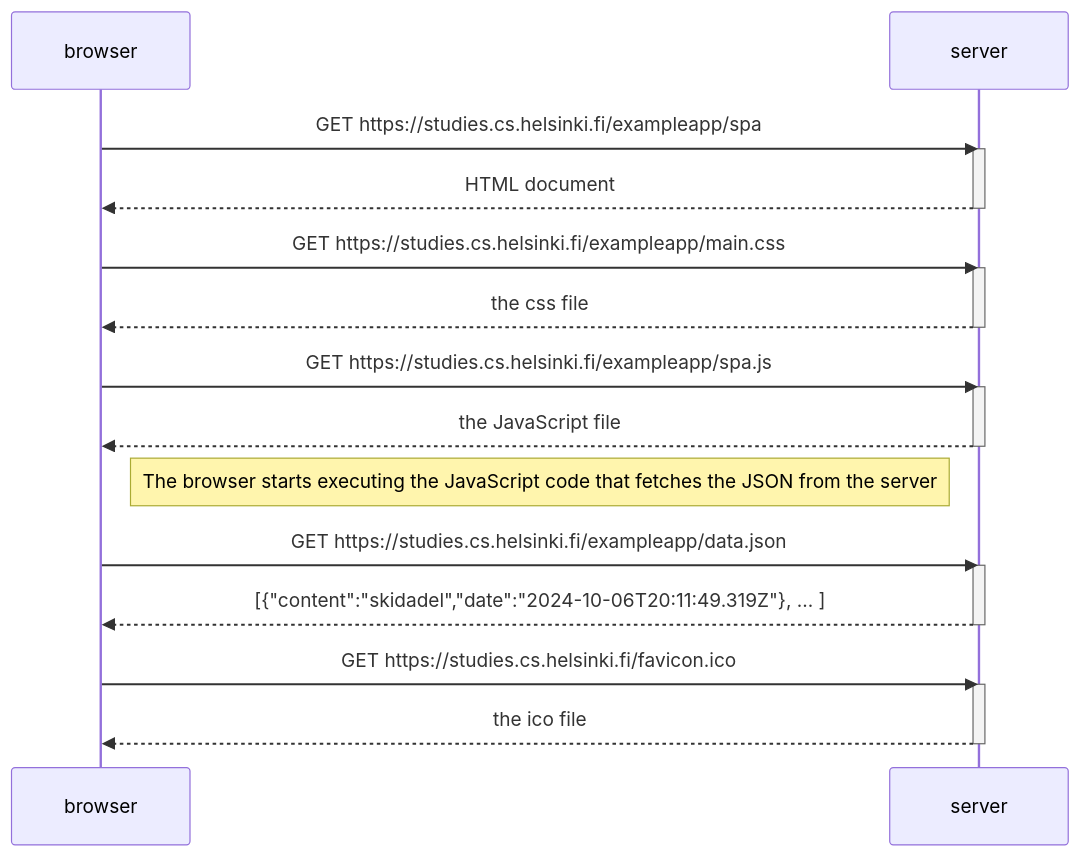
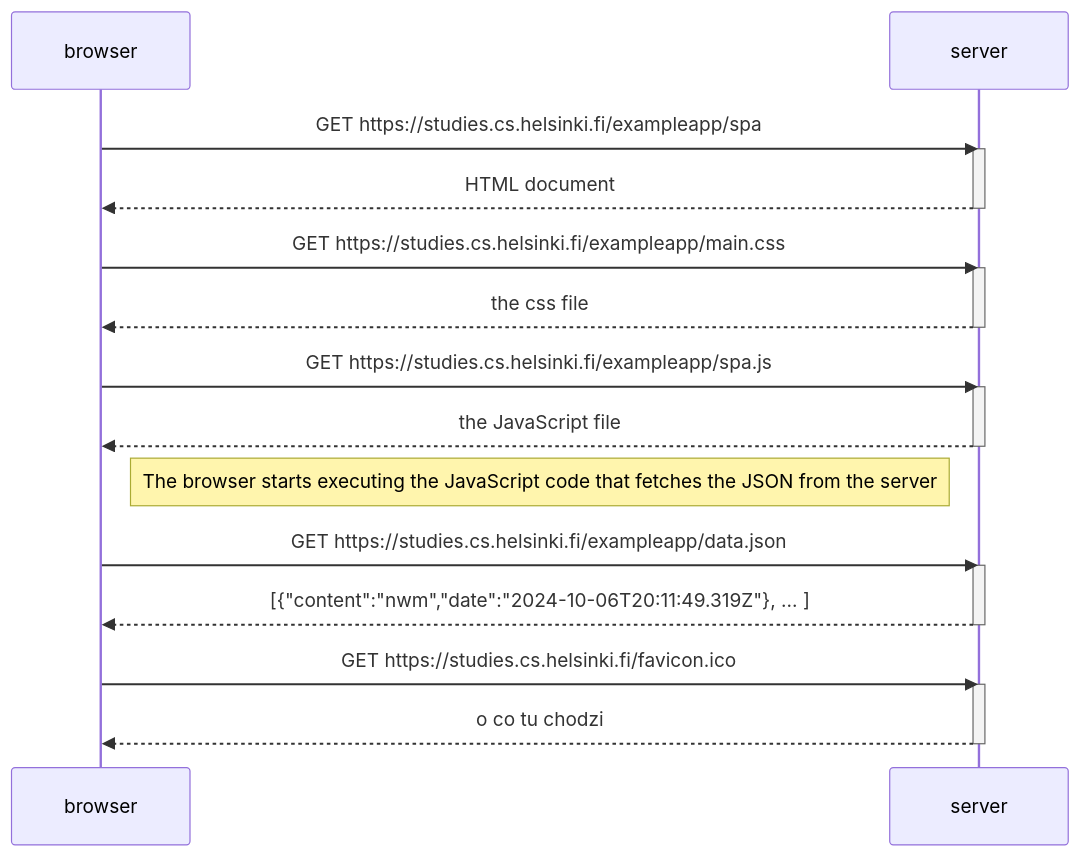
Before and after one commit to martyna32/fullstackopenMartyna-Podg-rska: the diagram in part 0/0.5.md, drawn with Mermaid. The commit also changed 1 other file, not shown here.

````diff
--- a/part 0/0.5.md
+++ b/part 0/0.5.md
@@ -1,34 +1,34 @@
-:::mermaid
+```mermaid
 sequenceDiagram
     participant browser
     participant server
 
     browser->>server: GET https://studies.cs.helsinki.fi/exampleapp/spa
     activate server
     server-->>browser: HTML document
     deactivate server
 
     browser->>server: GET https://studies.cs.helsinki.fi/exampleapp/main.css
     activate server
     server-->>browser: the css file
     deactivate server
     
     browser->>server: GET https://studies.cs.helsinki.fi/exampleapp/spa.js
     activate server
     server-->>browser: the JavaScript file
     deactivate server
 
     Note right of browser: The browser starts executing the JavaScript code that fetches the JSON from the server
 
     browser->>server: GET https://studies.cs.helsinki.fi/exampleapp/data.json
     activate server
-    server-->>browser: [{"content":"skidadel","date":"2024-10-06T20:11:49.319Z"}, ... ]
+    server-->>browser: [{"content":"nwm","date":"2024-10-06T20:11:49.319Z"}, ... ]
     deactivate server
 
     browser->>server: GET https://studies.cs.helsinki.fi/favicon.ico
     activate server
-    server-->>browser: the ico file
+    server-->>browser: o co tu chodzi
     deactivate server
 
 
-:::
+```
````
